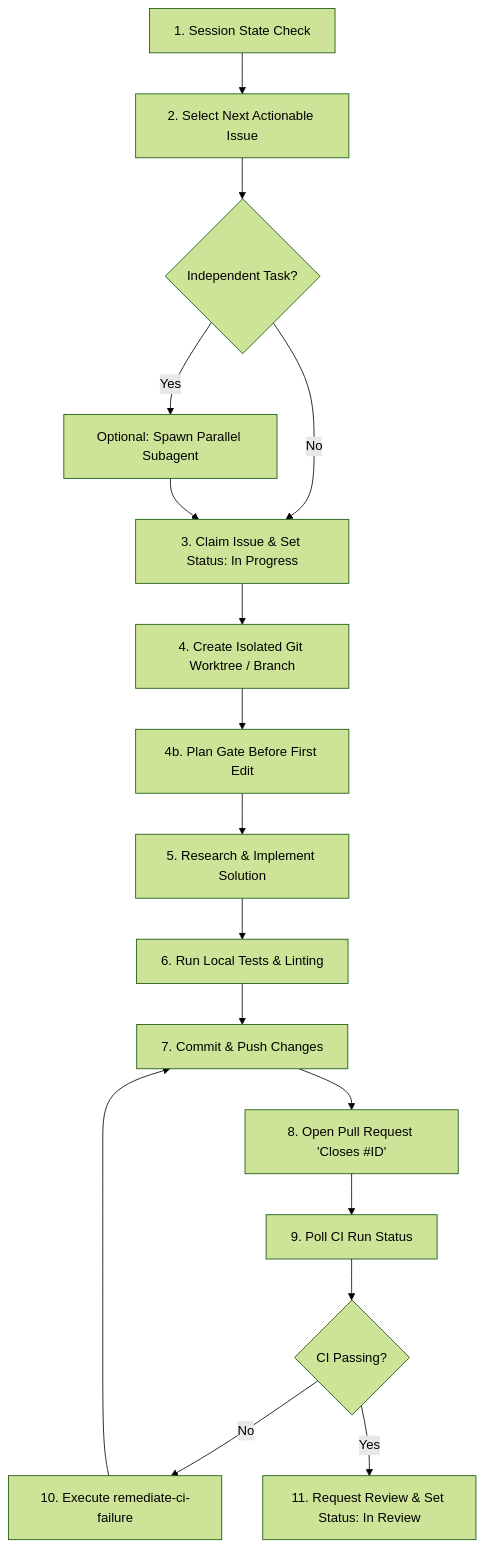
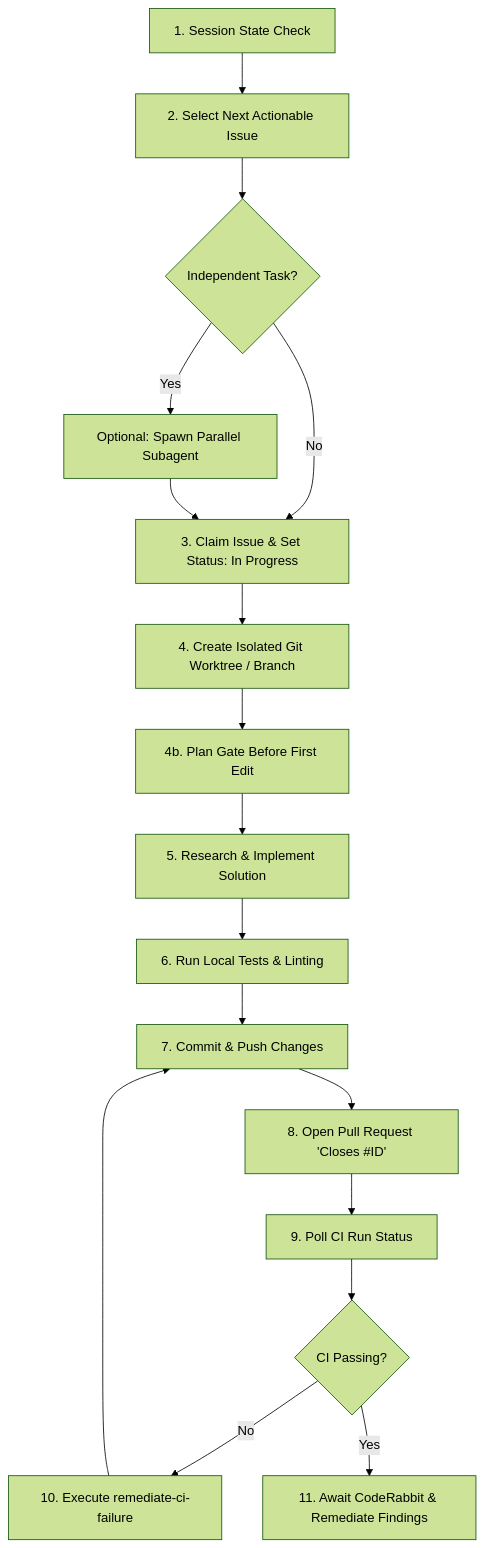
Before and after one commit to gillella/Aru_Agentic_SDLC: the diagram in skills/implement-next-issue/SKILL.md, drawn with Mermaid (forest theme). The commit also changed other lines of this file and 20 other files, not shown here.

Commit message:
feat(review): make CodeRabbit sole review authority

````diff
--- a/skills/implement-next-issue/SKILL.md
+++ b/skills/implement-next-issue/SKILL.md
@@ -26,18 +26,18 @@
 ```mermaid
 flowchart TD
     A[1. Session State Check] --> B[2. Select Next Actionable Issue]
     B --> C{Independent Task?}
     C -- Yes --> D[Optional: Spawn Parallel Subagent]
     C -- No --> E[3. Claim Issue & Set Status: In Progress]
     D --> E
     E --> F[4. Create Isolated Git Worktree / Branch]
     F --> P[4b. Plan Gate Before First Edit]
     P --> G[5. Research & Implement Solution]
     G --> H[6. Run Local Tests & Linting]
     H --> I[7. Commit & Push Changes]
     I --> J[8. Open Pull Request 'Closes #ID']
     J --> K[9. Poll CI Run Status]
     K --> L{CI Passing?}
     L -- No --> M[10. Execute remediate-ci-failure] --> I
-    L -- Yes --> N[11. Request Review & Set Status: In Review]
+    L -- Yes --> N[11. Await CodeRabbit & Remediate Findings]
 ```
````
